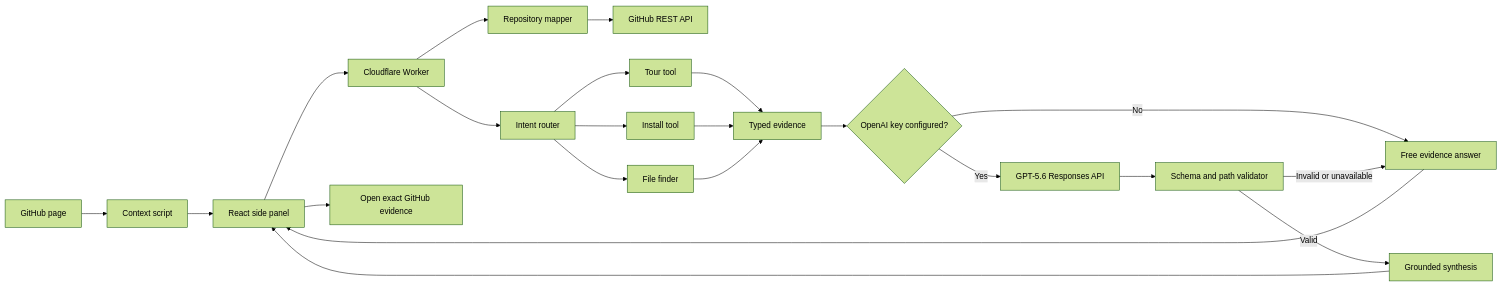
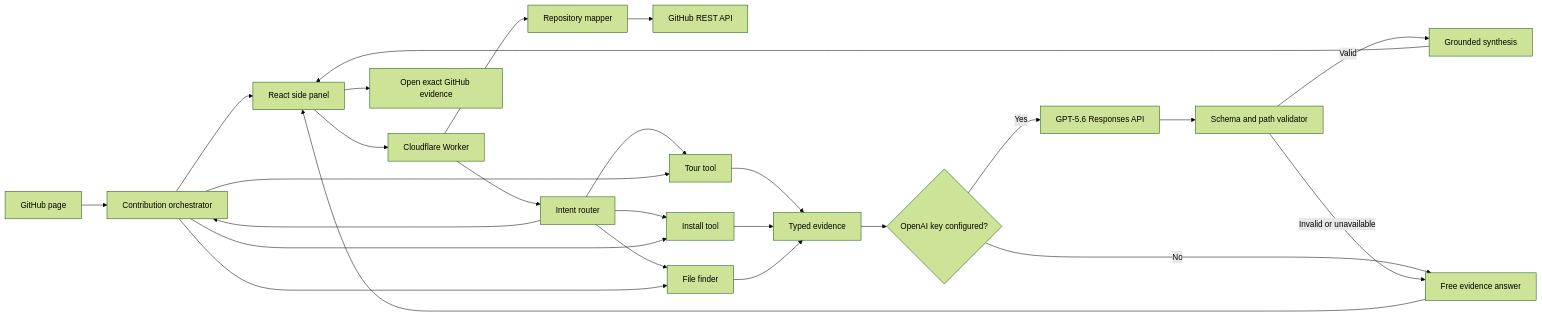
The diagram in docs/ARCHITECTURE.md (Robertg761/Wayfinder), drawn with Mermaid (forest theme) before and after one commit. The commit also changed other lines of this file and 14 other files, not shown here.

````diff
--- a/docs/ARCHITECTURE.md
+++ b/docs/ARCHITECTURE.md
@@ -5,24 +5,28 @@
 ```mermaid
 flowchart LR
   G["GitHub page"] --> C["Context script"]
   C --> P["React side panel"]
   P --> W["Cloudflare Worker"]
   W --> M["Repository mapper"]
   M --> H["GitHub REST API"]
   W --> R["Intent router"]
   R --> T["Tour tool"]
   R --> I["Install tool"]
   R --> F["File finder"]
+  R --> C["Contribution orchestrator"]
+  C --> T
+  C --> I
+  C --> F
   T --> E["Typed evidence"]
   I --> E
   F --> E
   E --> O{"OpenAI key configured?"}
   O -->|"No"| A["Free evidence answer"]
   O -->|"Yes"| X["GPT-5.6 Responses API"]
   X --> V["Schema and path validator"]
   V -->|"Valid"| S["Grounded synthesis"]
   V -->|"Invalid or unavailable"| A
   A --> P
   S --> P
   P --> N["Open exact GitHub evidence"]
 ```
````
